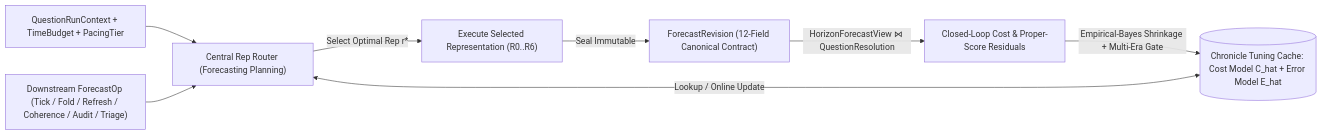
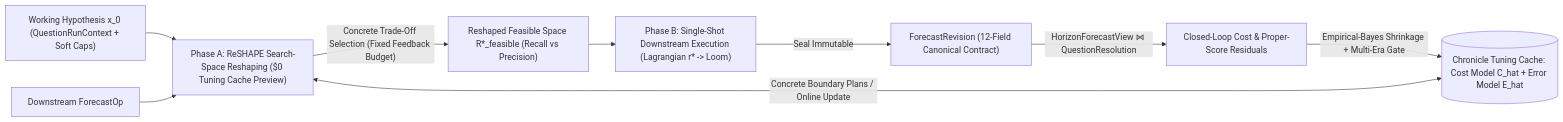
The diagram in ALTERNATIVE_PLAN_V1.md (ndres/franken_forecast), drawn with Mermaid before and after one commit. The commit also changed other lines of this file, not shown here.

Commit message:
Reshape ALTERNATIVE_PLAN_V1.md to v1.1 (ReSHAPE arXiv:2611.16466 Two-Phase Forecasting Planning)

````diff
--- a/ALTERNATIVE_PLAN_V1.md
+++ b/ALTERNATIVE_PLAN_V1.md
@@ -71,10 +71,11 @@
 ```mermaid
 flowchart LR
-    CTX["QuestionRunContext + TimeBudget + PacingTier"] --> RR["Central Rep Router (Forecasting Planning)"]
-    OP["Downstream ForecastOp (Tick / Fold / Refresh / Coherence / Audit / Triage)"] --> RR
-    TC[("Chronicle Tuning Cache: Cost Model C_hat + Error Model E_hat")] <-->|"Lookup / Online Update"| RR
-    RR -->|"Select Optimal Rep r*"| EXEC["Execute Selected Representation (R0..R6)"]
-    EXEC -->|"Seal Immutable"| REV["ForecastRevision (12-Field Canonical Contract)"]
+    CTX["Working Hypothesis x_0 (QuestionRunContext + Soft Caps)"] --> PA["Phase A: ReSHAPE Search-Space Reshaping ($0 Tuning Cache Preview)"]
+    OP["Downstream ForecastOp"] --> PA
+    TC[("Chronicle Tuning Cache: Cost Model C_hat + Error Model E_hat")] <-->|"Concrete Boundary Plans / Online Update"| PA
+    PA -->|"Concrete Trade-Off Selection (Fixed Feedback Budget)"| SPACE["Reshaped Feasible Space R*_feasible (Recall vs Precision)"]
+    SPACE --> PB["Phase B: Single-Shot Downstream Execution (Lagrangian r* -> Loom)"]
+    PB -->|"Seal Immutable"| REV["ForecastRevision (12-Field Canonical Contract)"]
     REV -->|"HorizonForecastView ⋈ QuestionResolution"| FB["Closed-Loop Cost & Proper-Score Residuals"]
     FB -->|"Empirical-Bayes Shrinkage + Multi-Era Gate"| TC
 ```
````
